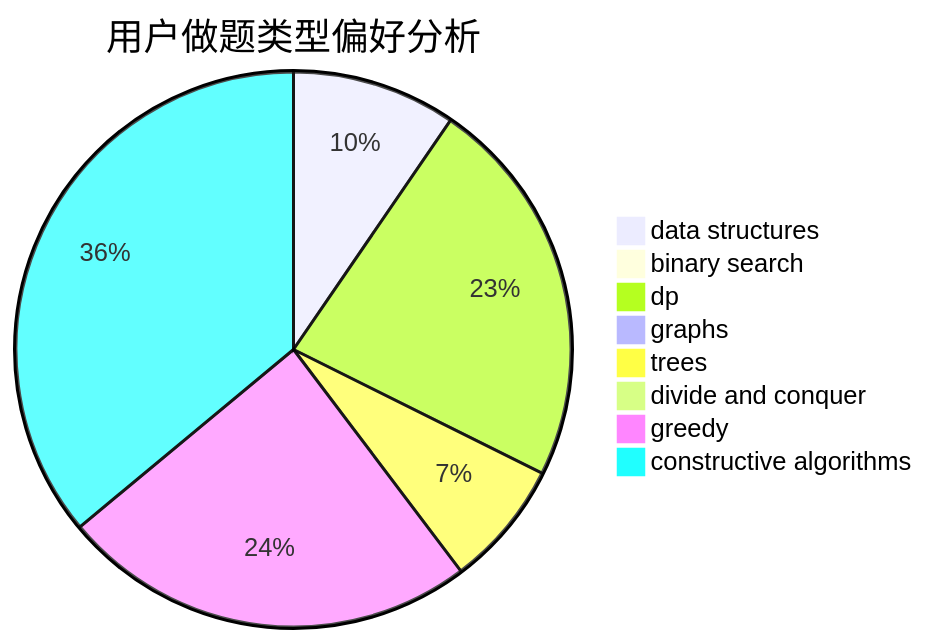
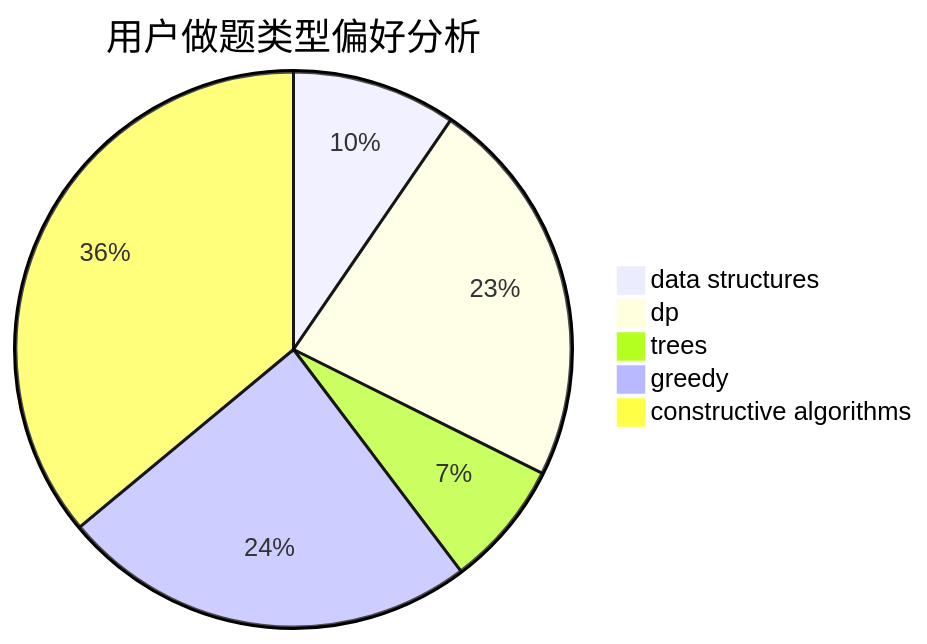
The second of 3 diagrams in docs/user/u2498.md (sherpahu/cfrs.github.io), drawn with Mermaid before and after one commit. The commit also changed other lines of this file and 2770 other files, not shown here.

````diff
--- a/docs/user/u2498.md
+++ b/docs/user/u2498.md
@@ -18,11 +16,8 @@
 ```mermaid
 pie title 用户做题类型偏好分析
     "data structures" :  13
-    "binary search" :  0
     "dp" :  31
-    "graphs" :  0
     "trees" :  10
-    "divide and conquer" :  0
     "greedy" :  33
     "constructive algorithms" :  49
 ```
````
